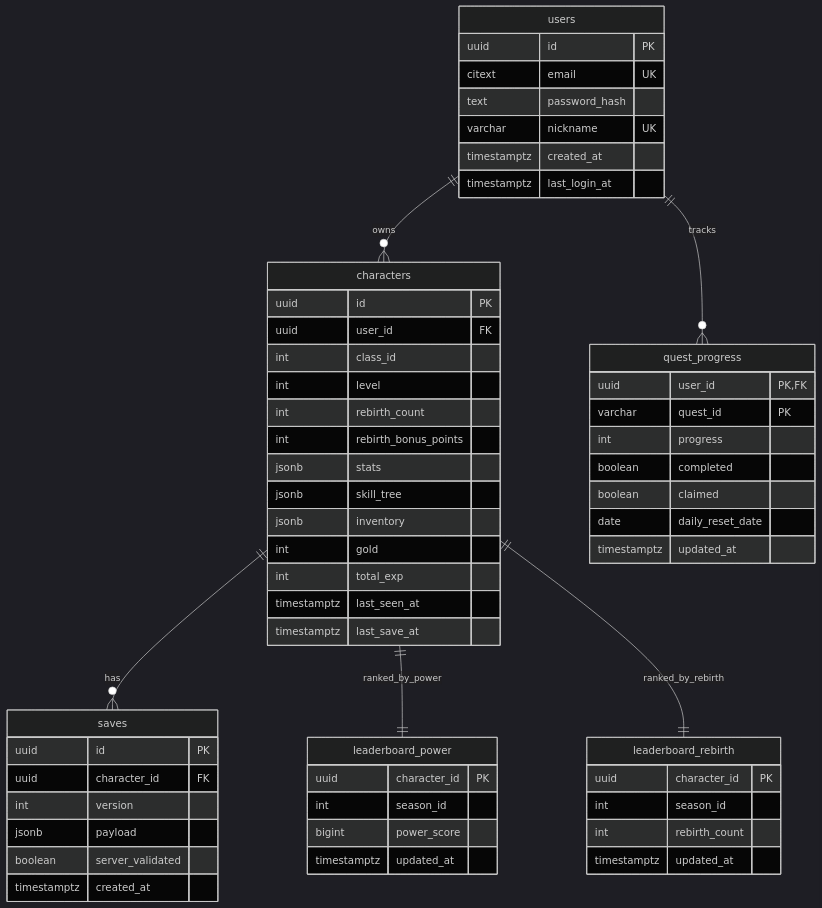
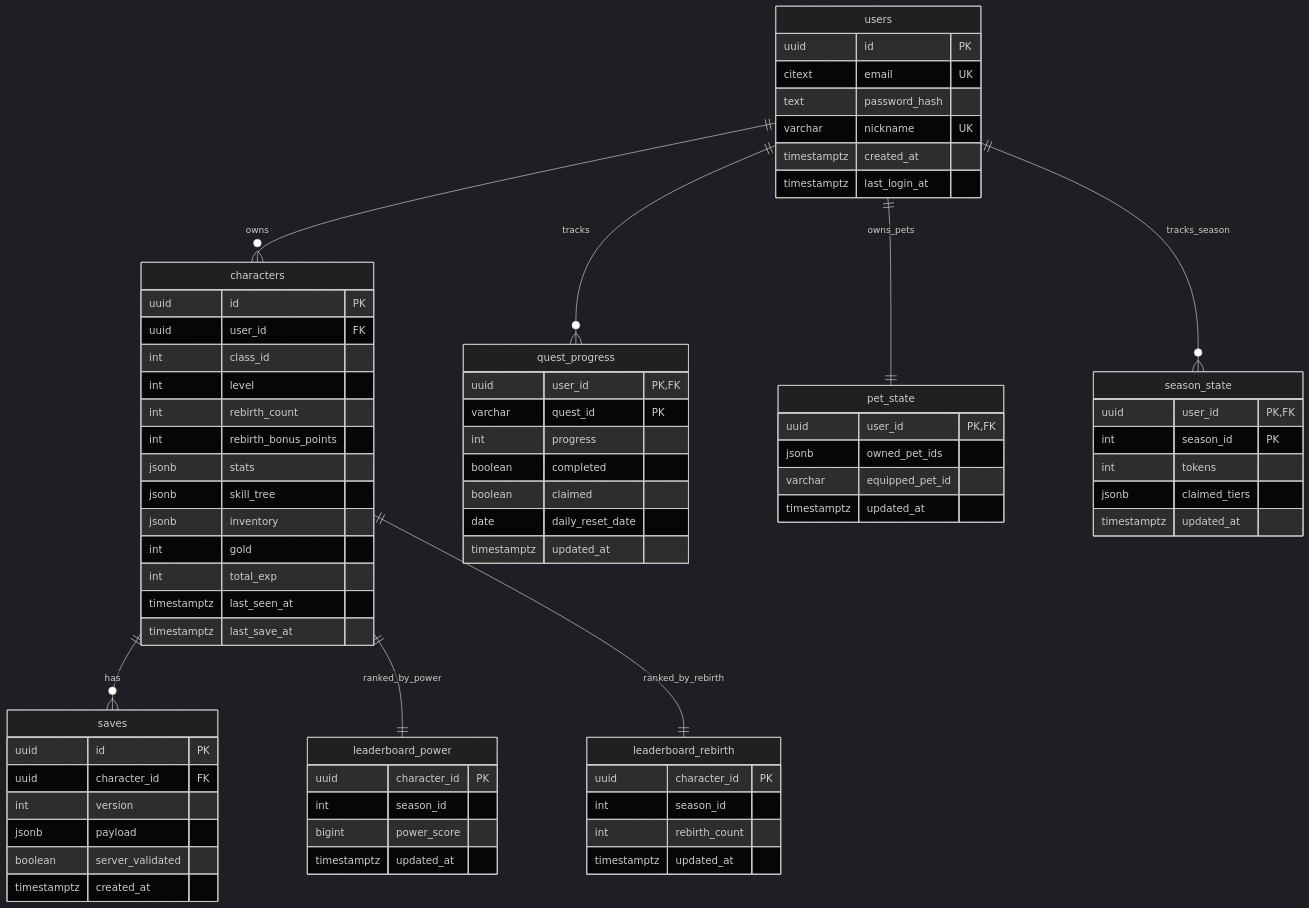
One commit to ewoo14/idle-project changed the diagram in docs/api/schema.md. Above: the diagram before and after it, drawn with Mermaid (dark theme). The commit also changed other lines of this file and 43 other files, not shown here.

````diff
--- a/docs/api/schema.md
+++ b/docs/api/schema.md
@@ -6,6 +6,8 @@
 erDiagram
   users ||--o{ characters : owns
   users ||--o{ quest_progress : tracks
+  users ||--|| pet_state : owns_pets
+  users ||--o{ season_state : tracks_season
   characters ||--o{ saves : has
   characters ||--|| leaderboard_power : ranked_by_power
   characters ||--|| leaderboard_rebirth : ranked_by_rebirth
@@ -67,4 +69,19 @@
     date daily_reset_date
     timestamptz updated_at
   }
+
+  pet_state {
+    uuid user_id PK, FK
+    jsonb owned_pet_ids
+    varchar equipped_pet_id
+    timestamptz updated_at
+  }
+
+  season_state {
+    uuid user_id PK, FK
+    int season_id PK
+    int tokens
+    jsonb claimed_tiers
+    timestamptz updated_at
+  }
 ```
````
